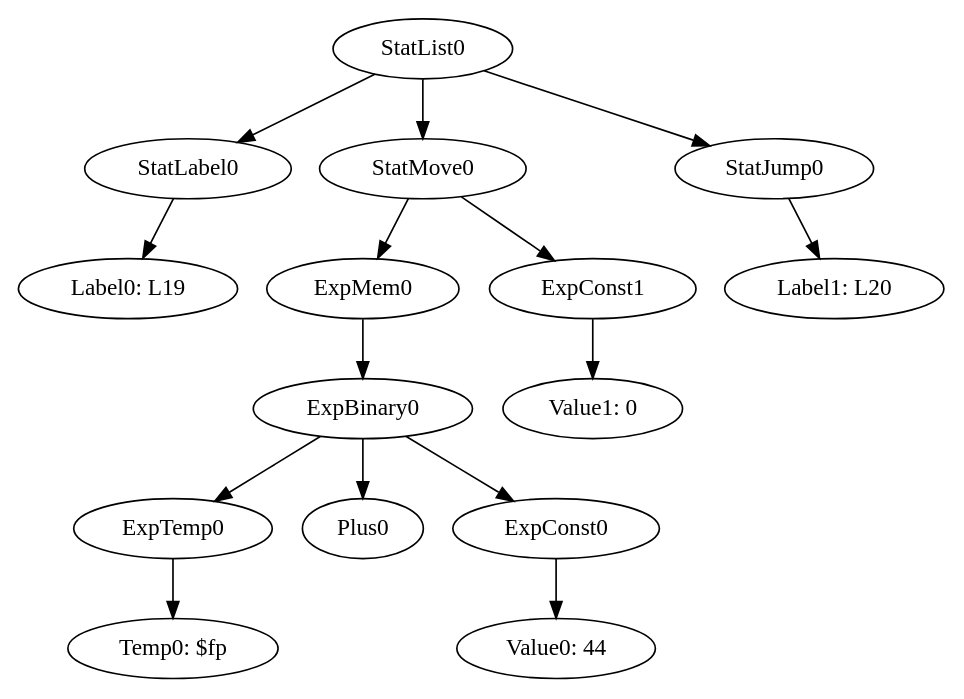
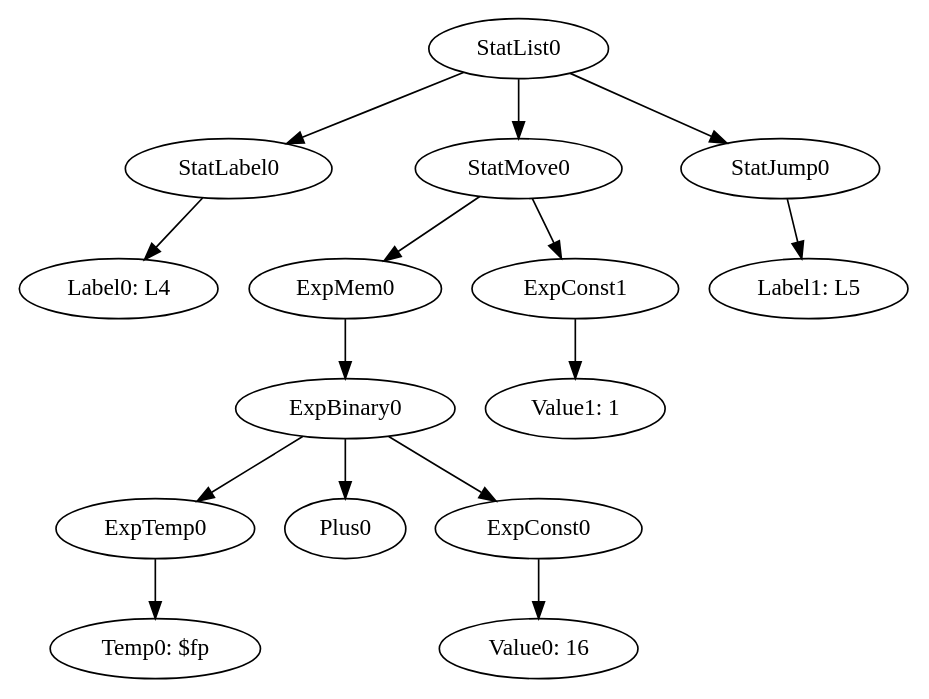
Before and after one commit to team-compilers/compilers: the diagram in MiniJava/results/SamplesCorrect/QuickSort/QS@Sort/blocks/20.gv, drawn with Graphviz. The commit also changed 569 other files, not shown here.

```diff
--- a/MiniJava/results/SamplesCorrect/QuickSort/QS@Sort/blocks/20.gv
+++ b/MiniJava/results/SamplesCorrect/QuickSort/QS@Sort/blocks/20.gv
@@ -1,17 +1,17 @@
 digraph {
 	ordering = out;
-	ExpConst1 -> "Value1: 0";
+	ExpConst1 -> "Value1: 1";
 	ExpMem0 -> ExpBinary0;
-	StatJump0 -> "Label1: L20";
-	ExpConst0 -> "Value0: 44";
-	StatLabel0 -> "Label0: L19";
+	StatJump0 -> "Label1: L5";
+	ExpConst0 -> "Value0: 16";
+	StatLabel0 -> "Label0: L4";
 	StatList0 -> StatLabel0;
 	StatList0 -> StatMove0;
 	StatList0 -> StatJump0;
 	ExpTemp0 -> "Temp0: $fp";
 	StatMove0 -> ExpMem0;
 	StatMove0 -> ExpConst1;
 	ExpBinary0 -> ExpTemp0;
 	ExpBinary0 -> Plus0;
 	ExpBinary0 -> ExpConst0;
 }
```
